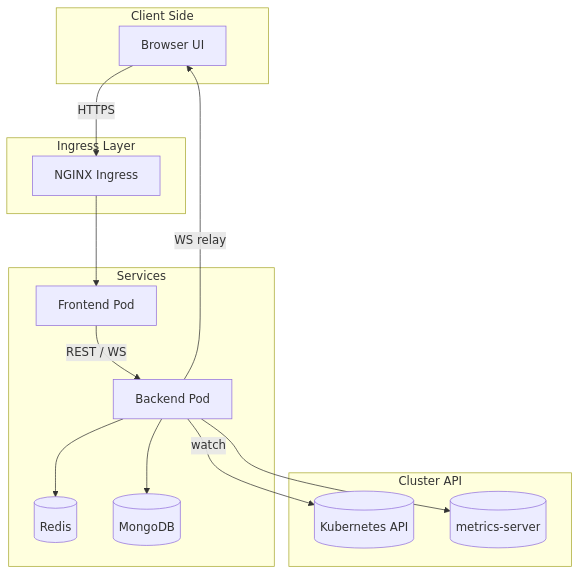
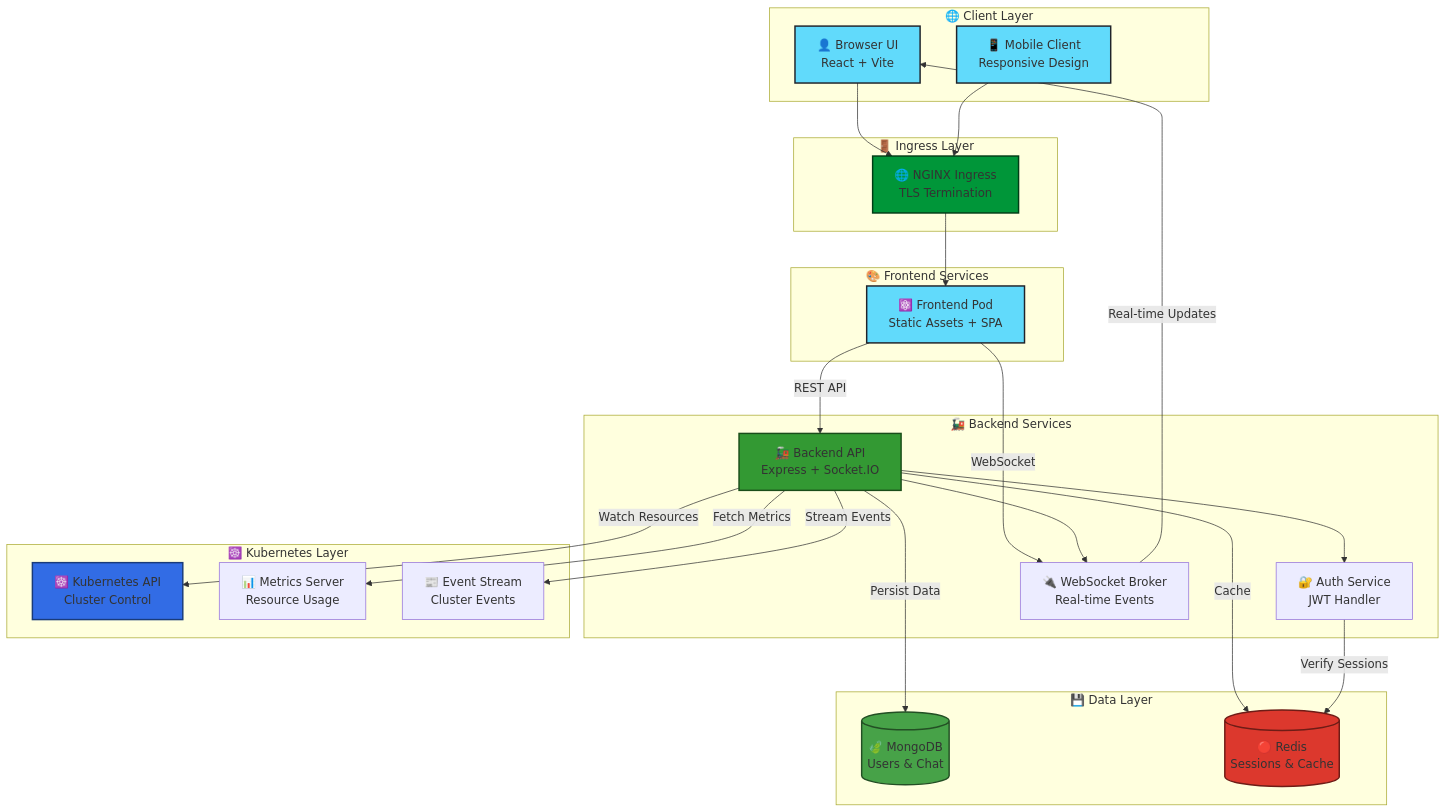
One commit to Sandarsh18/KubePulse-Real-Time-Kubernetes-Management-Dashboard changed the first of 12 diagrams in README.md. Above: the diagram before and after it, drawn with Mermaid. The commit also changed other lines of this file, not shown here.

````diff
--- a/README.md
+++ b/README.md
@@ -64,28 +176,56 @@
 ```mermaid
 graph TB
-	subgraph Client Side
-		U[Browser UI]
-	end
-	subgraph Ingress Layer
-		ING[NGINX Ingress]
-	end
-	subgraph Services
-		FE[Frontend Pod]
-		BE[Backend Pod]
-		REDIS[(Redis)]
-		MONGO[(MongoDB)]
-	end
-	subgraph Cluster API
-		K8S[(Kubernetes API)]
-		METRICS[(metrics-server)]
-	end
+    subgraph "🌐 Client Layer"
+        U[👤 Browser UI<br/>React + Vite]
+        U2[📱 Mobile Client<br/>Responsive Design]
+    end
+    
+    subgraph "🚪 Ingress Layer"
+        ING[🌐 NGINX Ingress<br/>TLS Termination]
+    end
+    
+    subgraph "🎨 Frontend Services"
+        FE[⚛️ Frontend Pod<br/>Static Assets + SPA]
+    end
+    
+    subgraph "🚂 Backend Services"
+        BE[🚂 Backend API<br/>Express + Socket.IO]
+        AUTH[🔐 Auth Service<br/>JWT Handler]
+        WS[🔌 WebSocket Broker<br/>Real-time Events]
+    end
+    
+    subgraph "💾 Data Layer"
+        MONGO[(🍃 MongoDB<br/>Users & Chat)]
+        REDIS[(🔴 Redis<br/>Sessions & Cache)]
+    end
+    
+    subgraph "☸️ Kubernetes Layer"
+        K8S[☸️ Kubernetes API<br/>Cluster Control]
+        METRICS[📊 Metrics Server<br/>Resource Usage]
+        EVENTS[📰 Event Stream<br/>Cluster Events]
+    end
 
-	U -->|HTTPS| ING
-	ING --> FE
-	FE -->|REST / WS| BE
-	BE -->|watch| K8S
-	BE --> METRICS
-	BE --> MONGO
-	BE --> REDIS
-	BE -->|WS relay| U
+    U --> ING
+    U2 --> ING
+    ING --> FE
+    FE -->|REST API| BE
+    FE -->|WebSocket| WS
+    BE --> AUTH
+    BE --> WS
+    BE -->|Watch Resources| K8S
+    BE -->|Fetch Metrics| METRICS
+    BE -->|Stream Events| EVENTS
+    BE -->|Persist Data| MONGO
+    BE -->|Cache| REDIS
+    WS -->|Real-time Updates| U
+    AUTH -->|Verify Sessions| REDIS
+    
+    style U fill:#61DAFB,stroke:#20232A,stroke-width:2px
+    style U2 fill:#61DAFB,stroke:#20232A,stroke-width:2px
+    style ING fill:#009639,stroke:#003D16,stroke-width:2px
+    style FE fill:#61DAFB,stroke:#20232A,stroke-width:2px
+    style BE fill:#339933,stroke:#1A4D1A,stroke-width:2px
+    style K8S fill:#326CE5,stroke:#193B7A,stroke-width:2px
+    style MONGO fill:#47A248,stroke:#234F24,stroke-width:2px
+    style REDIS fill:#DC382D,stroke:#6E1C16,stroke-width:2px
 ```
````
